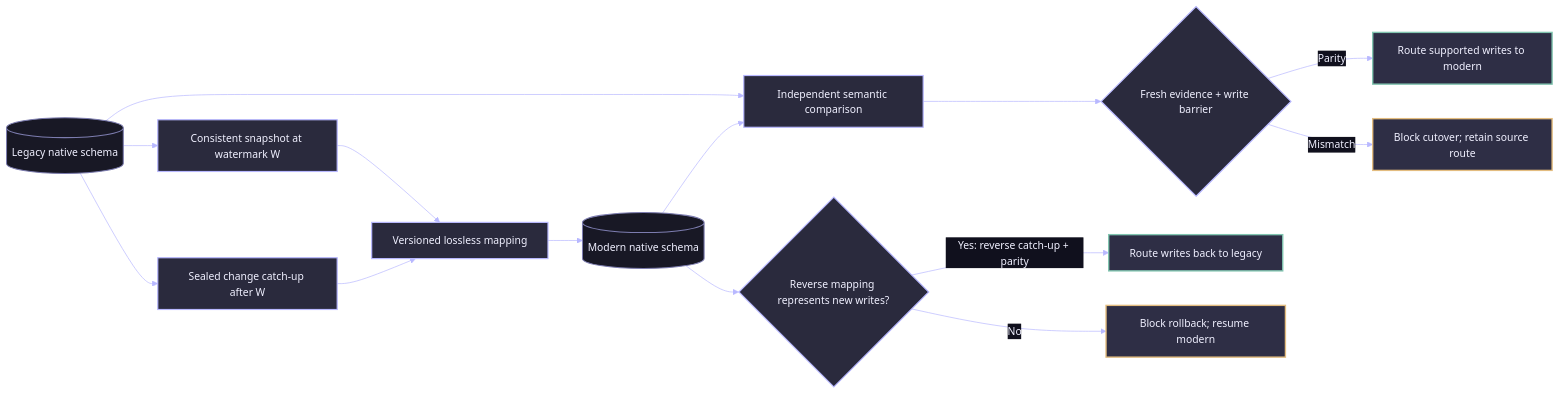
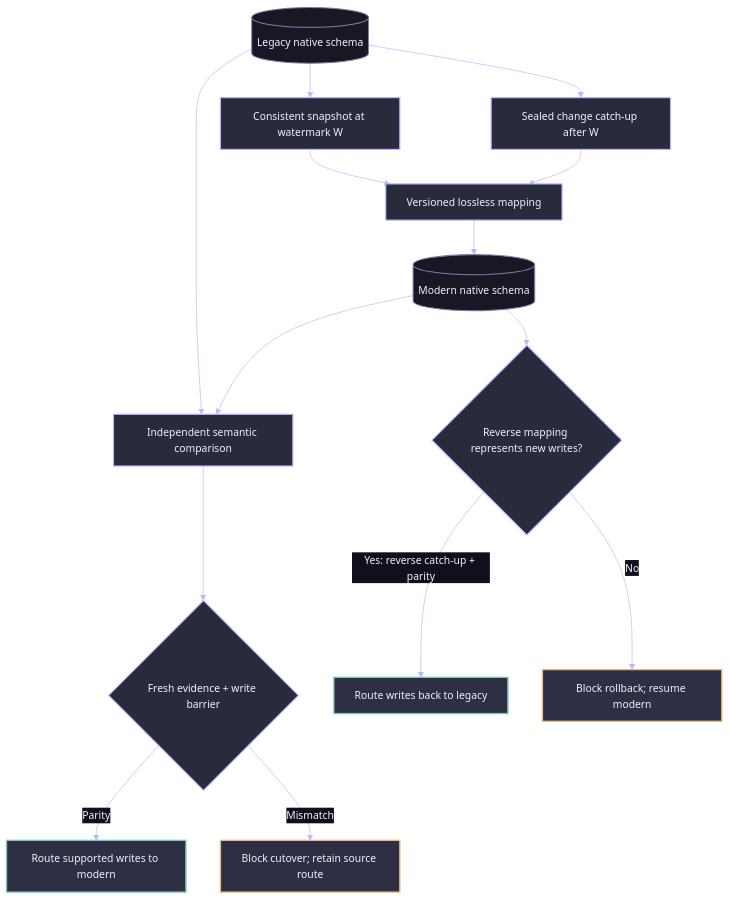
Before and after one commit to rlbsem/martech-migration-assurance: the diagram in README.md, drawn with Mermaid.

Commit message:
Improve GitHub diagram readability using vertical flow layout

````diff
--- a/README.md
+++ b/README.md
@@ -9,25 +9,25 @@
 ```mermaid
 %%{init: {"theme":"base","themeVariables":{"background":"#10101D","primaryColor":"#2A2A3D","primaryTextColor":"#F0F0FF","primaryBorderColor":"#7C7CAF","lineColor":"#B8B8FF","textColor":"#F0F0FF","secondaryColor":"#181825","tertiaryColor":"#2E2E45","fontFamily":"IBM Plex Sans, Arial, sans-serif","fontSize":"15px","edgeLabelBackground":"#10101D"}}}%%
-flowchart LR
+flowchart TB
   L[(Legacy native schema)] --> S[Consistent snapshot at watermark W]
   S --> M[Versioned lossless mapping]
   L --> C[Sealed change catch-up after W]
   C --> M
   M --> N[(Modern native schema)]
   L --> V[Independent semantic comparison]
   N --> V
   V --> G{Fresh evidence + write barrier}
   G -->|Parity| R[Route supported writes to modern]
   G -->|Mismatch| B[Block cutover; retain source route]
   N --> Q{Reverse mapping represents new writes?}
   Q -->|Yes: reverse catch-up + parity| K[Route writes back to legacy]
   Q -->|No| X[Block rollback; resume modern]
   classDef stop fill:#2E2E45,stroke:#E3BC7F,color:#F0F0FF,stroke-width:2px;
   classDef source fill:#181825,stroke:#7C7CAF,color:#F0F0FF,stroke-width:1.5px;
   classDef control fill:#2A2A3D,stroke:#B8B8FF,color:#F0F0FF,stroke-width:1.7px;
   classDef passed fill:#2E2E45,stroke:#81C5B0,color:#F0F0FF,stroke-width:2px;
   class B,X stop;
   class L,N source;
   class S,M,C,V,G,Q control;
   class R,K passed;
 ```
````
